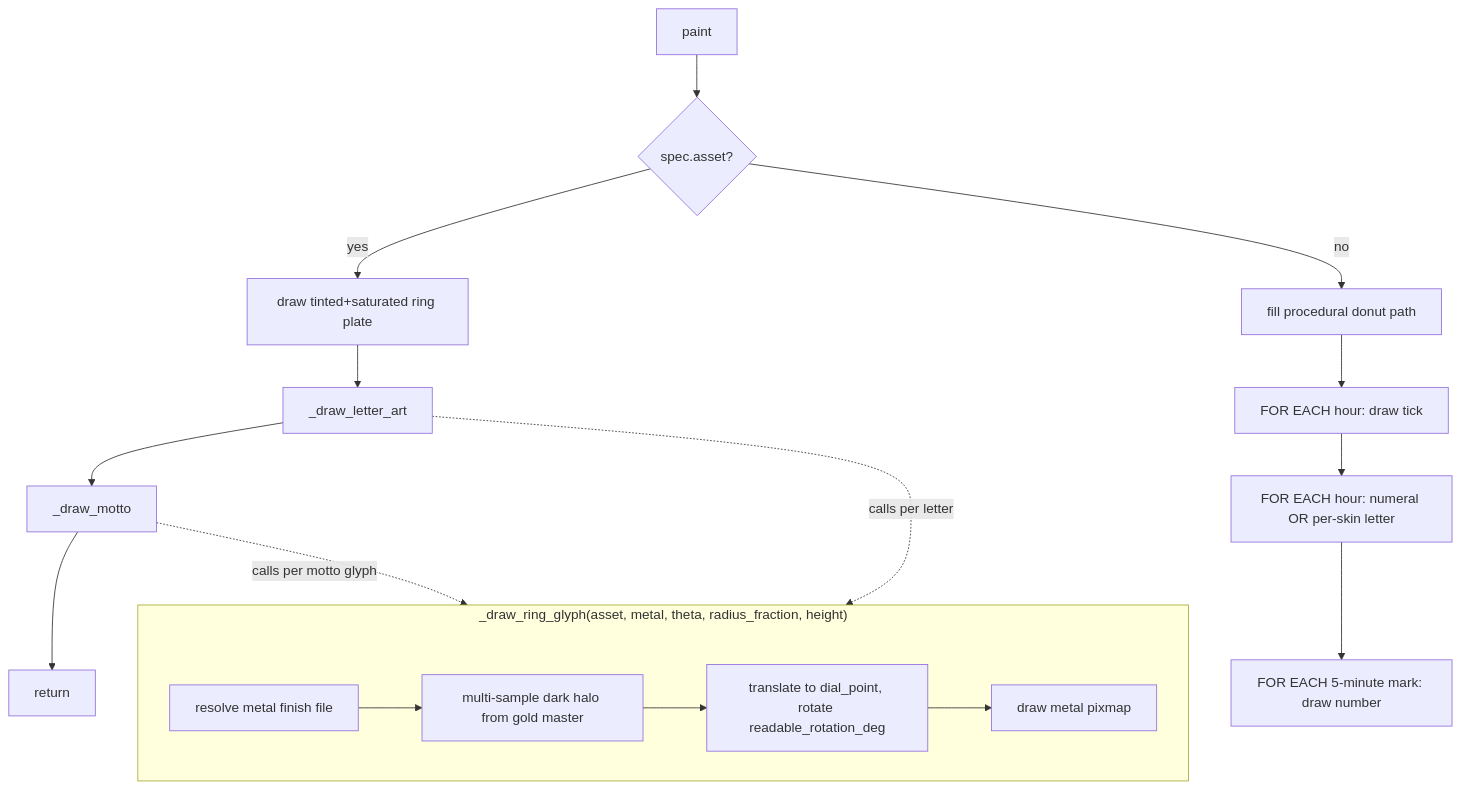
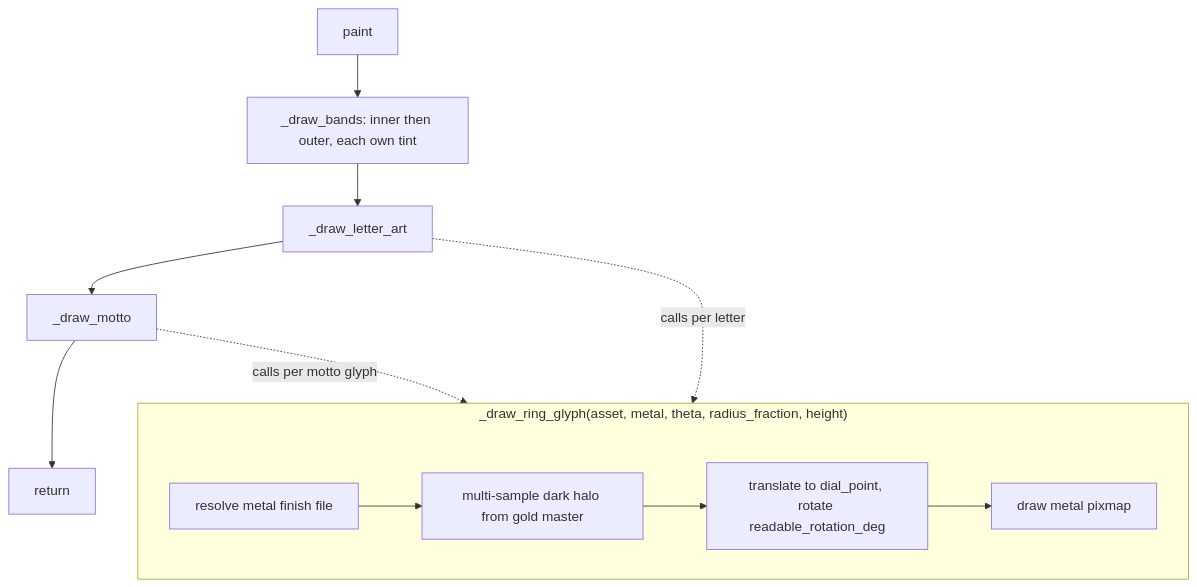
Before and after one commit to UVuruna/Watch-Academy: the diagram in render/layers/__flow/ring.md, drawn with Mermaid. The commit also changed other lines of this file and 18 other files, not shown here.

````diff
--- a/render/layers/__flow/ring.md
+++ b/render/layers/__flow/ring.md
@@ -7,18 +7,13 @@
 ```mermaid
 %%{init: {'flowchart': {'subGraphTitleMargin': {'top': 0, 'bottom': 35}}}}%%
 flowchart TB
-    A[paint] --> B{spec.asset?}
-    B -- yes --> C[draw tinted+saturated ring plate]
-    C --> D[_draw_letter_art] --> E[_draw_motto] --> Z1[return]
-    B -- no --> F[fill procedural donut path]
-    F --> G[FOR EACH hour: draw tick]
-    G --> H[FOR EACH hour: numeral OR per-skin letter]
-    H --> I[FOR EACH 5-minute mark: draw number]
+    A[paint] --> B[_draw_bands: inner then outer, each own tint]
+    B --> D[_draw_letter_art] --> E[_draw_motto] --> Z1[return]
     subgraph GLYPH["_draw_ring_glyph(asset, metal, theta, radius_fraction, height)"]
         J[resolve metal finish file] --> K[multi-sample dark halo from gold master]
         K --> L[translate to dial_point, rotate readable_rotation_deg]
         L --> M[draw metal pixmap]
     end
     D -.calls per letter.-> GLYPH
     E -.calls per motto glyph.-> GLYPH
 ```
````
